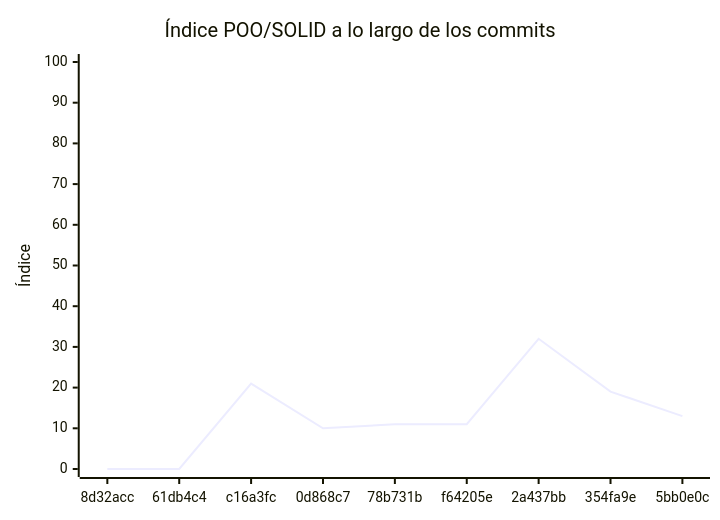
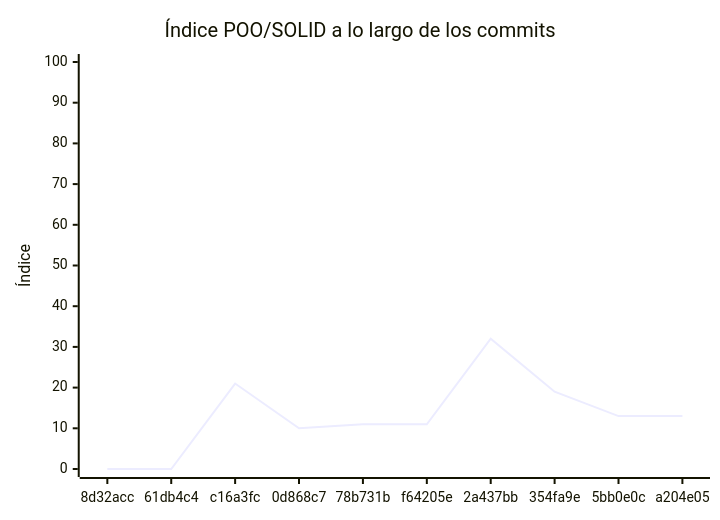
The diagram in docs/EVALUACION.md (LaMatanzaSA/SimuladorChoques777), drawn with Mermaid before and after one commit. The commit also changed other lines of this file and 1 other file, not shown here.

````diff
--- a/docs/EVALUACION.md
+++ b/docs/EVALUACION.md
@@ -233,7 +233,7 @@
 ```mermaid
 xychart-beta
     title "Índice POO/SOLID a lo largo de los commits"
-    x-axis ["8d32acc", "61db4c4", "c16a3fc", "0d868c7", "78b731b", "f64205e", "2a437bb", "354fa9e", "5bb0e0c"]
+    x-axis ["8d32acc", "61db4c4", "c16a3fc", "0d868c7", "78b731b", "f64205e", "2a437bb", "354fa9e", "5bb0e0c", "a204e05"]
     y-axis "Índice" 0 --> 100
-    line [0, 0, 21, 10, 11, 11, 32, 19, 13]
+    line [0, 0, 21, 10, 11, 11, 32, 19, 13, 13]
 ```
````
